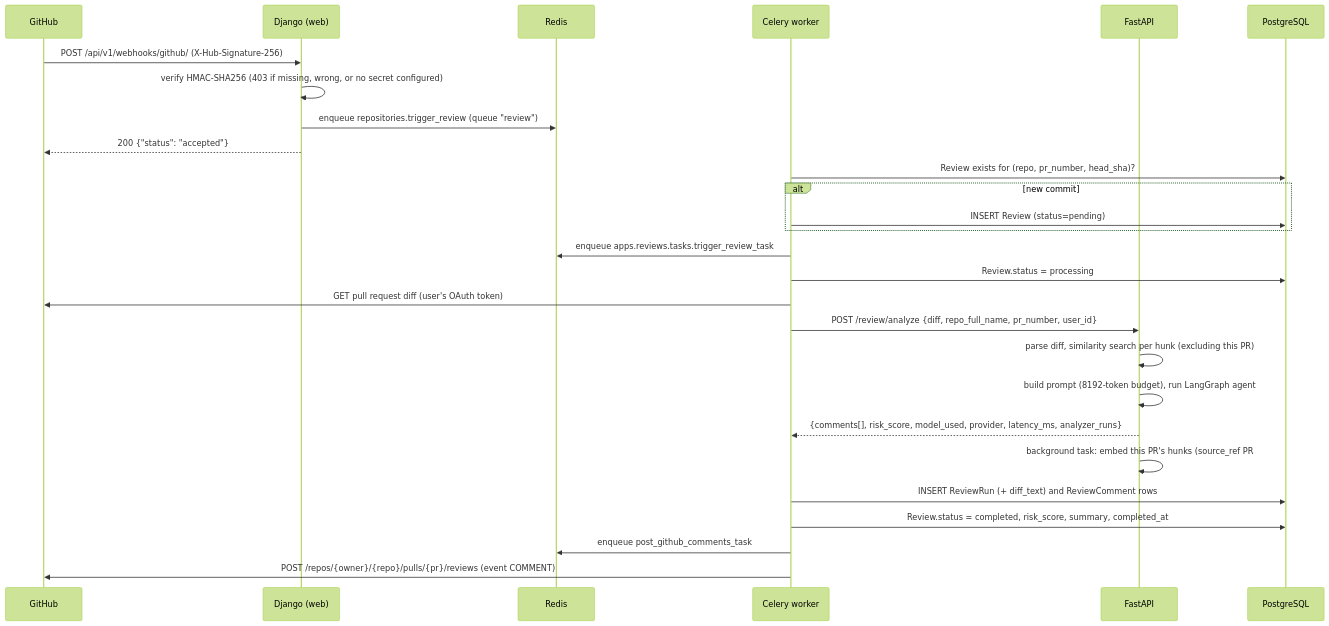
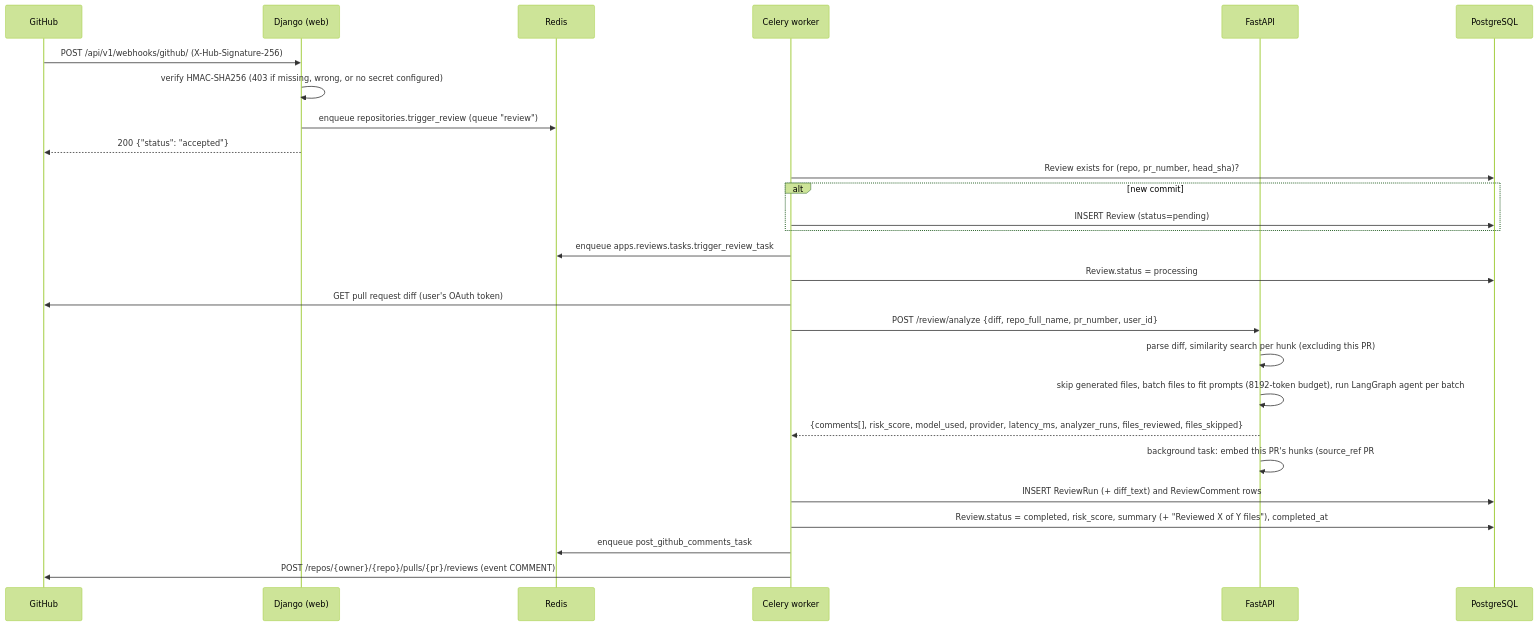
One commit to muhammedsiinanmp/Devmind changed the second of 9 diagrams in docs/SYSTEM_ARCHITECTURE.md. Above: the diagram before and after it, drawn with Mermaid (forest theme). The commit also changed other lines of this file and 3 other files, not shown here.

Commit message:
Document file batching, skip patterns and review coverage

````diff
--- a/docs/SYSTEM_ARCHITECTURE.md
+++ b/docs/SYSTEM_ARCHITECTURE.md
@@ -145,34 +145,34 @@
 ```mermaid
 sequenceDiagram
     participant GH as GitHub
     participant DJ as Django (web)
     participant RD as Redis
     participant CW as Celery worker
     participant FA as FastAPI
     participant PG as PostgreSQL
 
     GH->>DJ: POST /api/v1/webhooks/github/ (X-Hub-Signature-256)
     DJ->>DJ: verify HMAC-SHA256 (403 if missing, wrong, or no secret configured)
     DJ->>RD: enqueue repositories.trigger_review (queue "review")
     DJ-->>GH: 200 {"status": "accepted"}
 
     CW->>PG: Review exists for (repo, pr_number, head_sha)?
     alt new commit
         CW->>PG: INSERT Review (status=pending)
     end
     CW->>RD: enqueue apps.reviews.tasks.trigger_review_task
 
     CW->>PG: Review.status = processing
     CW->>GH: GET pull request diff (user's OAuth token)
     CW->>FA: POST /review/analyze {diff, repo_full_name, pr_number, user_id}
     FA->>FA: parse diff, similarity search per hunk (excluding this PR)
-    FA->>FA: build prompt (8192-token budget), run LangGraph agent
-    FA-->>CW: {comments[], risk_score, model_used, provider, latency_ms, analyzer_runs}
+    FA->>FA: skip generated files, batch files to fit prompts (8192-token budget), run LangGraph agent per batch
+    FA-->>CW: {comments[], risk_score, model_used, provider, latency_ms, analyzer_runs, files_reviewed, files_skipped}
     FA->>FA: background task: embed this PR's hunks (source_ref PR#<n>)
 
     CW->>PG: INSERT ReviewRun (+ diff_text) and ReviewComment rows
-    CW->>PG: Review.status = completed, risk_score, summary, completed_at
+    CW->>PG: Review.status = completed, risk_score, summary (+ "Reviewed X of Y files"), completed_at
     CW->>RD: enqueue post_github_comments_task
 
     CW->>GH: POST /repos/{owner}/{repo}/pulls/{pr}/reviews (event COMMENT)
 ```
````
